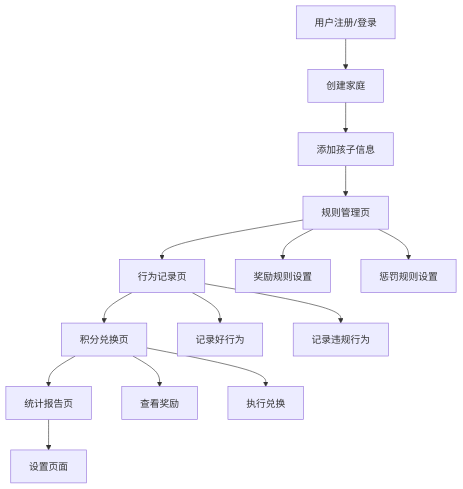
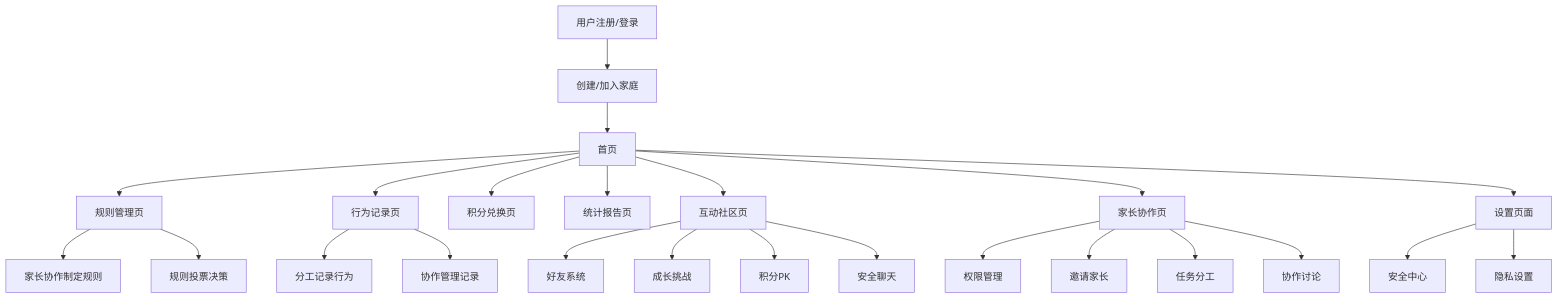
One commit to kbsonlong/StarKid changed the diagram in .trae/documents/小星星成长记-产品需求文档.md. Above: the diagram before and after it, drawn with Mermaid. The commit also changed other lines of this file and 12 other files, not shown here.

````diff
--- a/.trae/documents/小星星成长记-产品需求文档.md
+++ b/.trae/documents/小星星成长记-产品需求文档.md
@@ -57,19 +80,31 @@
 ```mermaid
 graph TD
-    A[用户注册/登录] --> B[创建家庭]
-    B --> C[添加孩子信息]
+    A[用户注册/登录] --> B[创建/加入家庭]
+    B --> C[首页]
     C --> D[规则管理页]
-    D --> E[行为记录页]
-    E --> F[积分兑换页]
-    F --> G[统计报告页]
-    G --> H[设置页面]
+    C --> E[行为记录页]
+    C --> F[积分兑换页]
+    C --> G[统计报告页]
+    C --> H[互动社区页]
+    C --> I[家长协作页]
+    C --> J[设置页面]
     
-    D --> D1[奖励规则设置]
-    D --> D2[惩罚规则设置]
+    D --> D1[家长协作制定规则]
+    D --> D2[规则投票决策]
     
-    E --> E1[记录好行为]
-    E --> E2[记录违规行为]
+    E --> E1[分工记录行为]
+    E --> E2[协作管理记录]
     
-    F --> F1[查看奖励]
-    F --> F2[执行兑换]
+    H --> H1[好友系统]
+    H --> H2[成长挑战]
+    H --> H3[积分PK]
+    H --> H4[安全聊天]
+    
+    I --> I1[权限管理]
+    I --> I2[邀请家长]
+    I --> I3[任务分工]
+    I --> I4[协作讨论]
+    
+    J --> J1[安全中心]
+    J --> J2[隐私设置]
 ```
````
